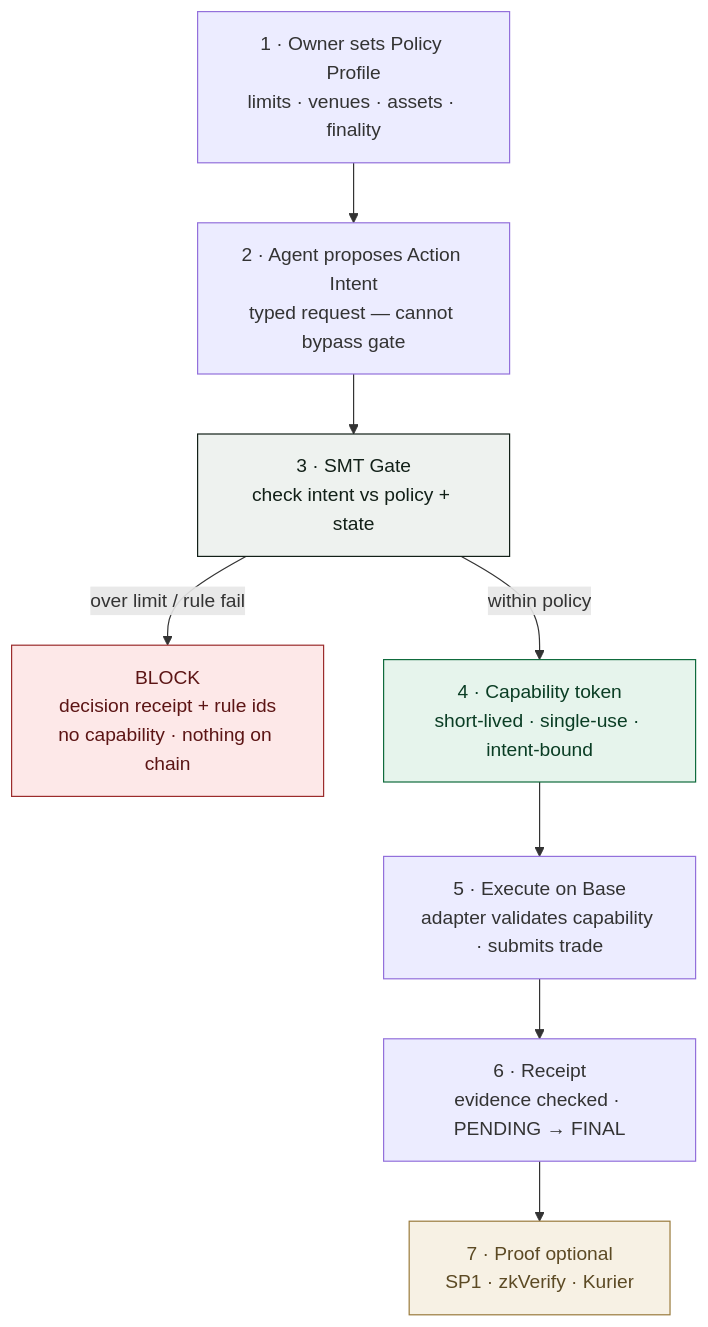
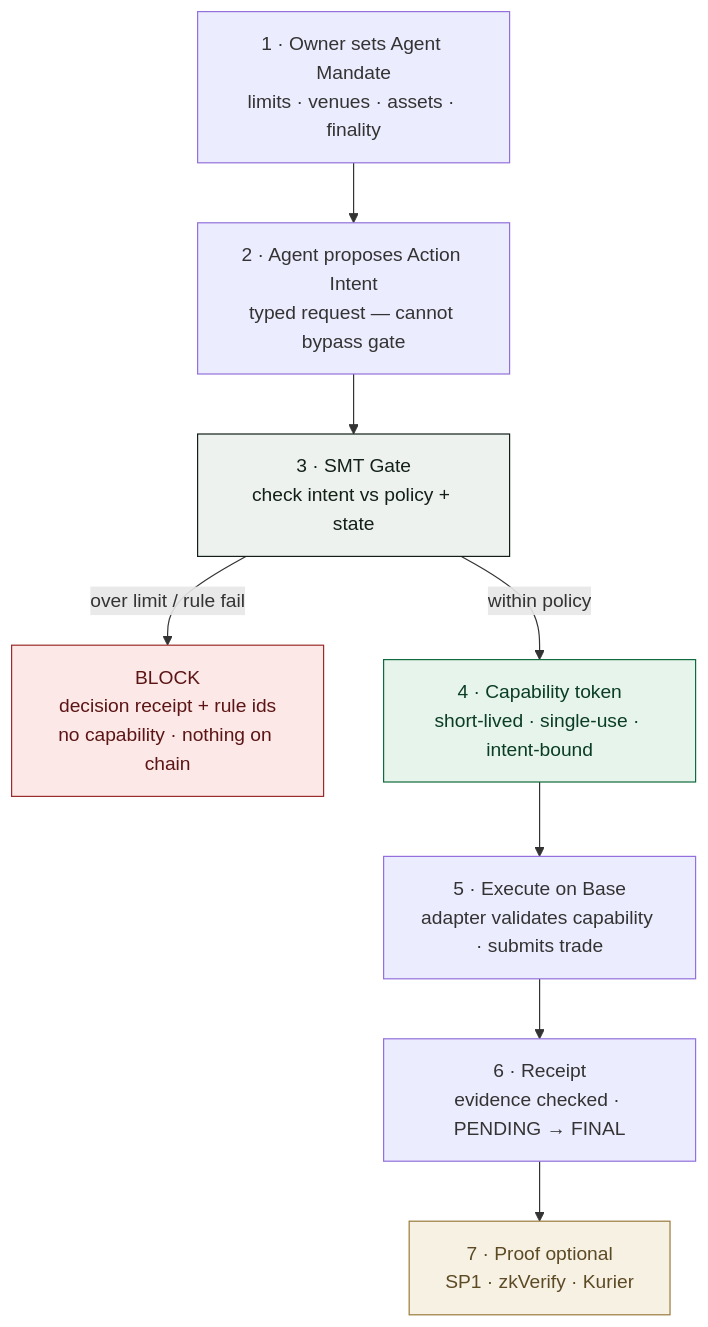
The diagram in FLOW_DIAGRAM.md (Drongo-Labs/Swaraj), drawn with Mermaid before and after one commit. The commit also changed other lines of this file and 12 other files, not shown here.

First line of the commit message:
refactor: rename "Policy Profile" to Agent Mandate naming

````diff
--- a/FLOW_DIAGRAM.md
+++ b/FLOW_DIAGRAM.md
@@ -5,20 +5,20 @@
 ```mermaid
 flowchart TD
-  O["1 · Owner sets Policy Profile<br/>limits · venues · assets · finality"]
+  O["1 · Owner sets Agent Mandate<br/>limits · venues · assets · finality"]
   A["2 · Agent proposes Action Intent<br/>typed request — cannot bypass gate"]
   G["3 · SMT Gate<br/>check intent vs policy + state"]
 
   O --> A --> G
 
   G -->|over limit / rule fail| B["BLOCK<br/>decision receipt + rule ids<br/>no capability · nothing on chain"]
   G -->|within policy| C["4 · Capability token<br/>short-lived · single-use · intent-bound"]
 
   C --> E["5 · Execute on Base<br/>adapter validates capability · submits trade"]
   E --> R["6 · Receipt<br/>evidence checked · PENDING → FINAL"]
   R --> P["7 · Proof optional<br/>SP1 · zkVerify · Kurier"]
 
   style B fill:#fde8e8,stroke:#9b2c2c,color:#5c1515
   style C fill:#e6f4ec,stroke:#0f6b3d,color:#0a3d24
   style G fill:#eef2ef,stroke:#122018,color:#122018
   style P fill:#f7f1e4,stroke:#9a7b3c,color:#5c4a24
 ```
````
